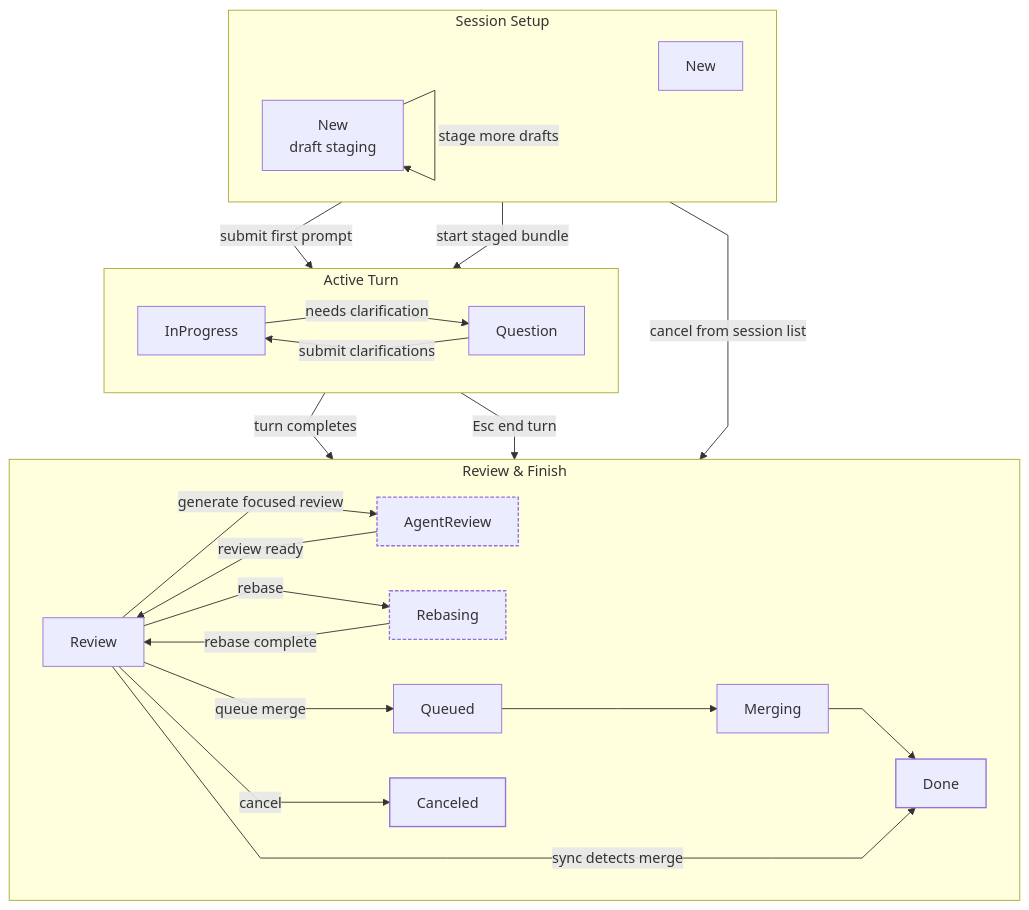
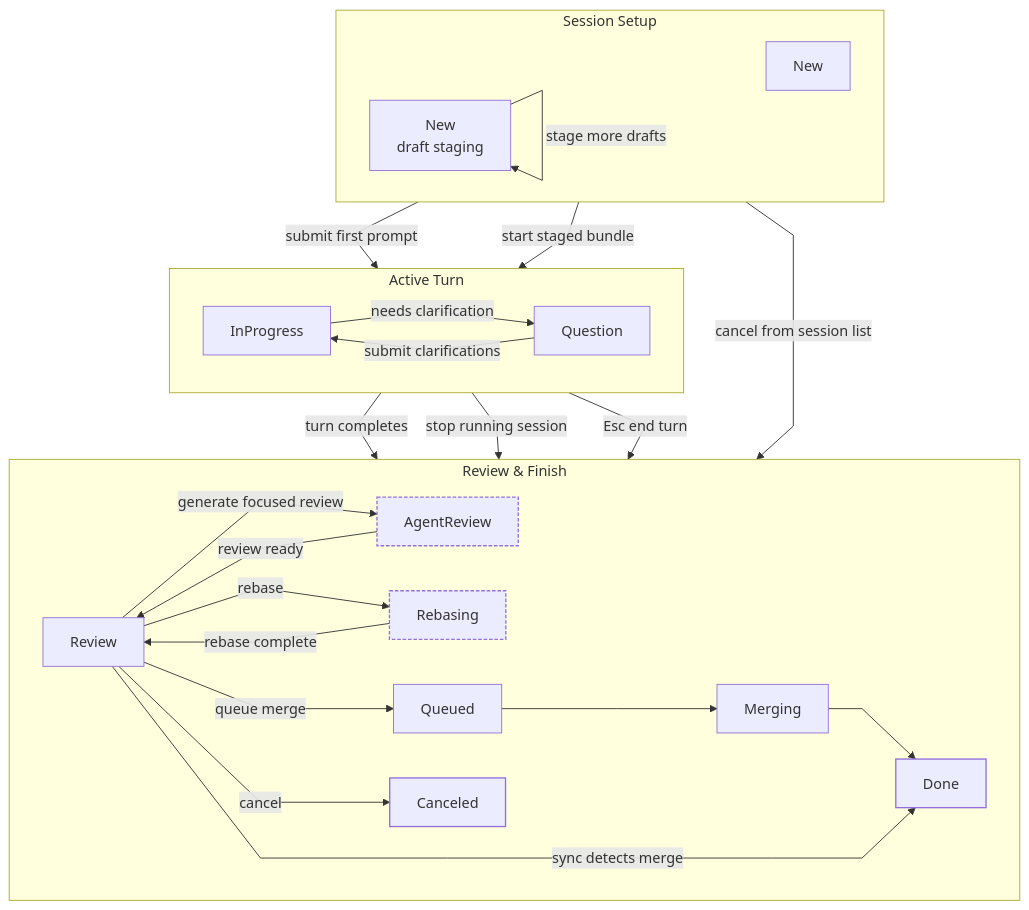
Before and after one commit to agentty-xyz/agentty: the diagram in docs/site/content/docs/usage/workflow.md, drawn with Mermaid. The commit also changed 5 other files, not shown here.

````diff
--- a/docs/site/content/docs/usage/workflow.md
+++ b/docs/site/content/docs/usage/workflow.md
@@ -225,52 +225,53 @@
 ```mermaid
 %%{init: { "flowchart": { "curve": "linear" } } }%%
 flowchart TB
   classDef auxiliary stroke-dasharray: 4 2,stroke-width: 1.5px;
   classDef terminal stroke-width: 1.5px;
 
   subgraph start["Session Setup"]
     direction LR
     new_regular["New"]
     new_draft["New<br/>draft staging"]
   end
 
   subgraph active["Active Turn"]
     direction LR
     in_progress["InProgress"]
     question["Question"]
   end
 
   subgraph finish["Review & Finish"]
     direction LR
     review["Review"]
     agent_review["AgentReview"]
     rebasing["Rebasing"]
     queued["Queued"]
     merging["Merging"]
     done["Done"]
     canceled["Canceled"]
   end
 
   new_regular -->|submit first prompt| in_progress
   new_draft -->|stage more drafts| new_draft
   new_draft -->|start staged bundle| in_progress
   new_draft -->|cancel from session list| canceled
 
   in_progress -->|turn completes| review
   in_progress -->|needs clarification| question
+  in_progress -->|stop running session| canceled
   question -->|submit clarifications| in_progress
   question -->|Esc end turn| review
 
   review -->|generate focused review| agent_review
   agent_review -->|review ready| review
   review -->|rebase| rebasing
   rebasing -->|rebase complete| review
   review -->|queue merge| queued
   queued --> merging
   merging --> done
   review -->|cancel| canceled
   review -->|sync detects merge| done
 
   class agent_review,rebasing auxiliary
   class done,canceled terminal
 ```
````
